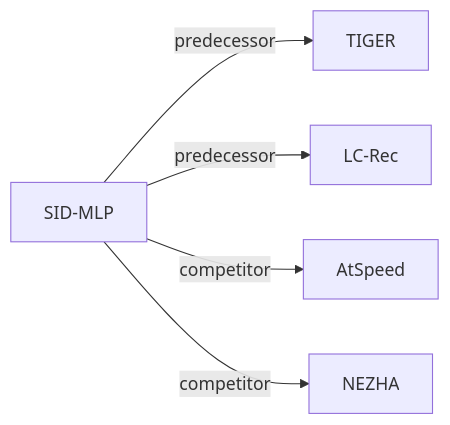
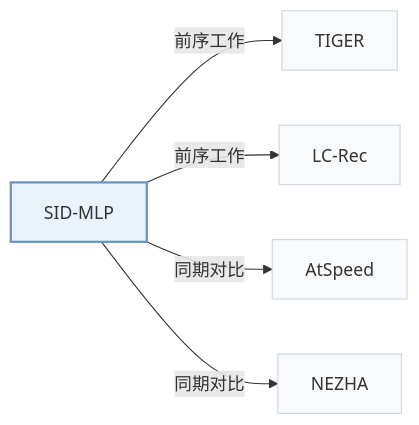
The second of 2 diagrams in pages/zh/papers/sid-mlp.md (Galaxy-ghost/Awesome-SID-Generative-Rec), drawn with Mermaid before and after one commit. The commit also changed other lines of this file and 649 other files, not shown here.

Commit message:
writer-05: also tags and modality index (schema, check, build, visuals); summary field removed; calibration data for 12 papers

````diff
--- a/pages/zh/papers/sid-mlp.md
+++ b/pages/zh/papers/sid-mlp.md
@@ -68,8 +74,12 @@
 ```mermaid
 flowchart LR
     P["SID-MLP"]
-    P -->|predecessor| A["TIGER"]
-    P -->|predecessor| B["LC-Rec"]
-    P -->|competitor| C["AtSpeed"]
-    P -->|competitor| D["NEZHA"]
+    P -->|"前序工作"| A["TIGER"]
+    P -->|"前序工作"| B["LC-Rec"]
+    P -->|"同期对比"| C["AtSpeed"]
+    P -->|"同期对比"| D["NEZHA"]
+    classDef main fill:#eaf2fb,stroke:#6b8fc7,stroke-width:2px
+    classDef peer fill:#f8fafc,stroke:#cbd5e1
+    class P main
+    class A,B,C,D peer
 ```
````
